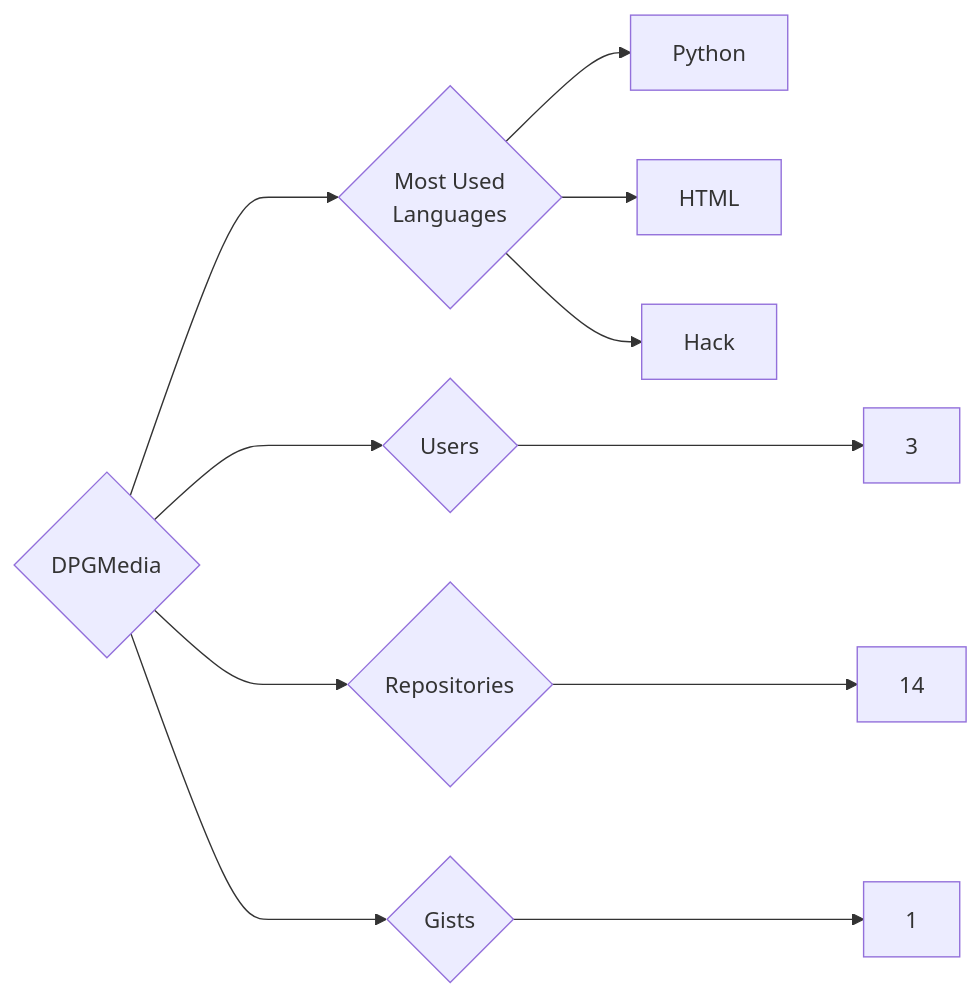
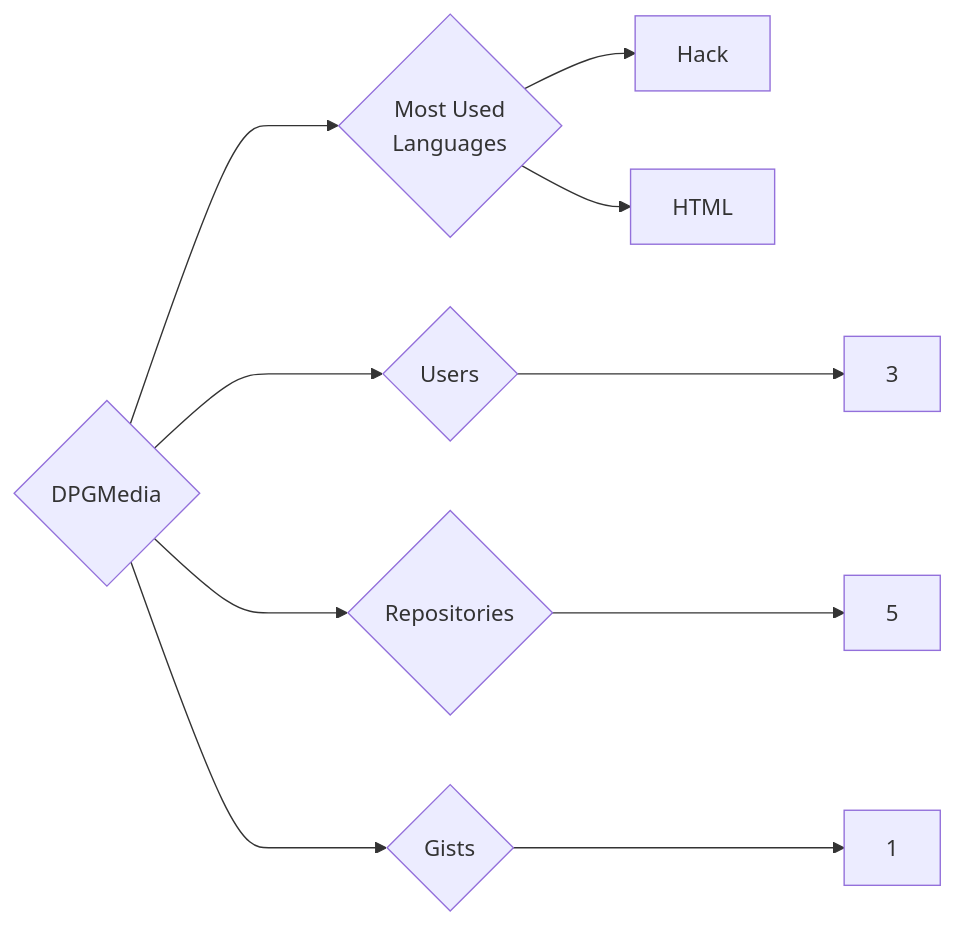
The diagram in targets/DPGMedia/README.md (trickest/insiders), drawn with Mermaid before and after one commit. The commit also changed 1089 other files, not shown here.

````diff
--- a/targets/DPGMedia/README.md
+++ b/targets/DPGMedia/README.md
@@ -3,11 +3,10 @@
 ```mermaid
 graph LR
 COMPANY_NAME{DPGMedia}
 COMPANY_NAME ---> U{Users} ---> UN[3]
-COMPANY_NAME ---> R{Repositories} ---> RN[14]
+COMPANY_NAME ---> R{Repositories} ---> RN[5]
 COMPANY_NAME ---> G{Gists} ---> GN[1]
 COMPANY_NAME ---> ML{Most Used<br>Languages}
-ML --> Python[Python]
+ML --> Hack[Hack]
 ML --> HTML[HTML]
-ML --> Hack[Hack]
 ```
````
